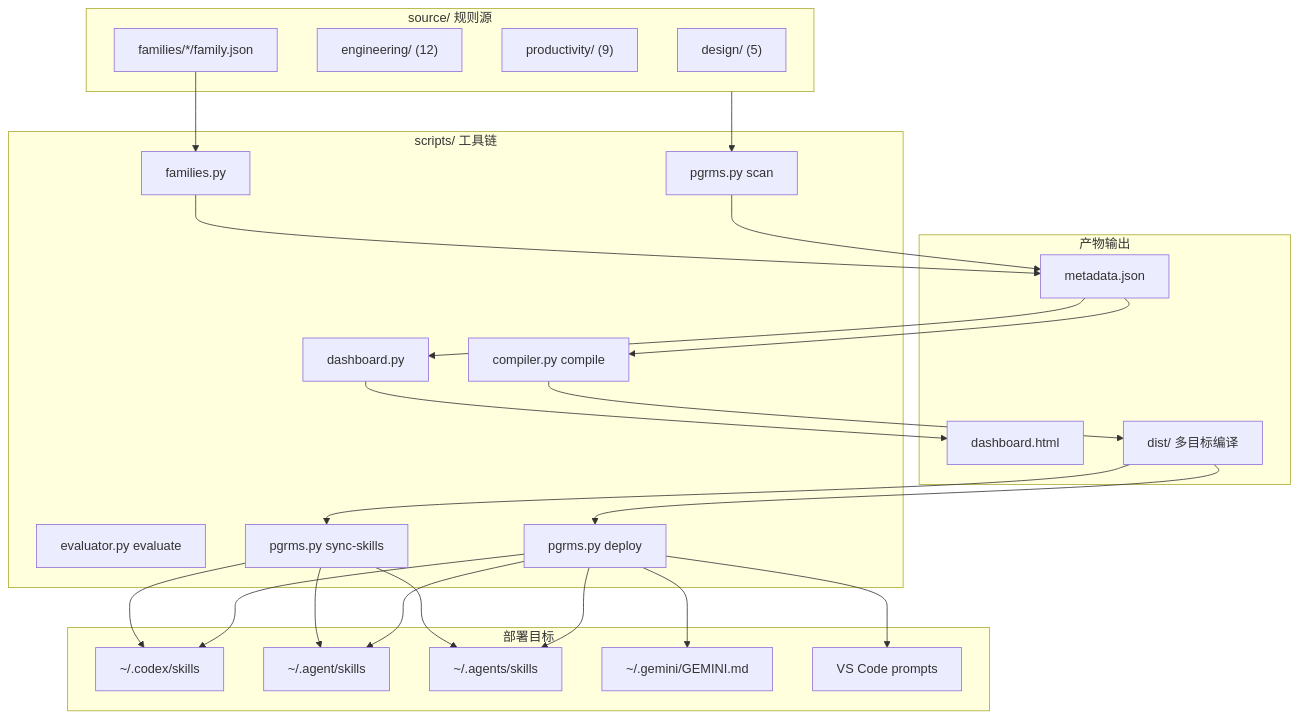
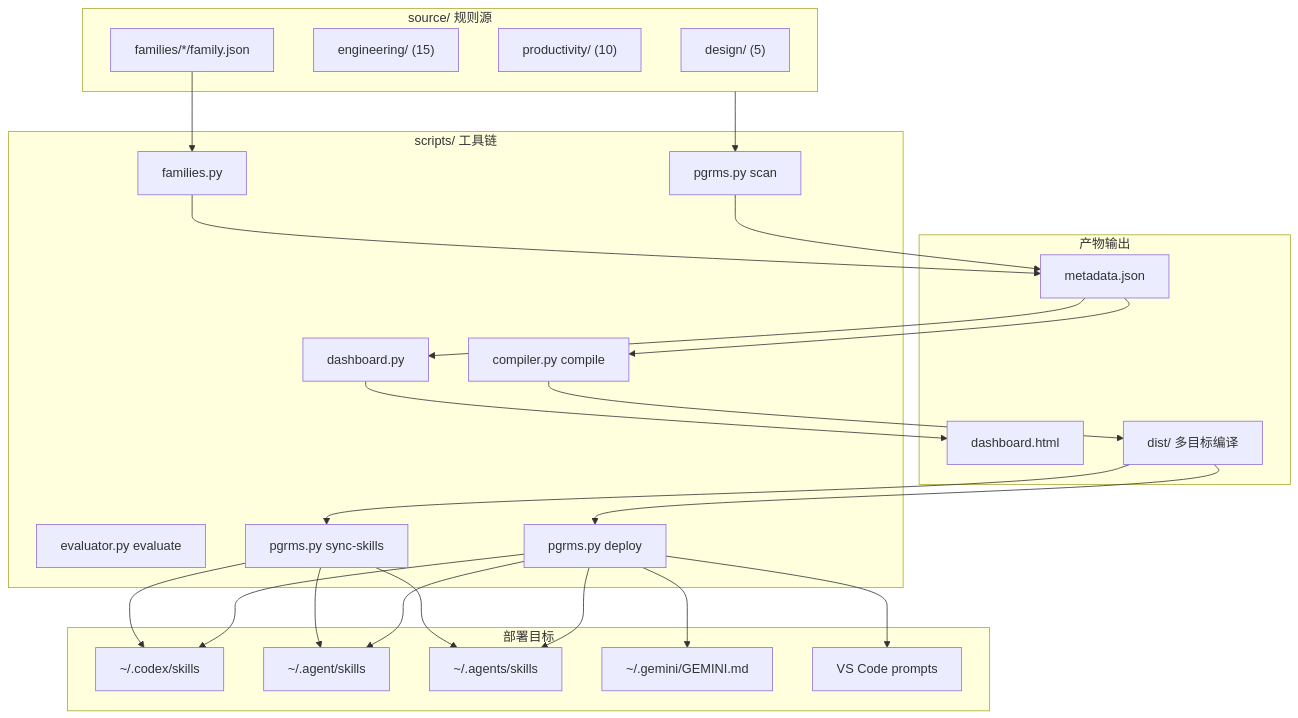
Before and after one commit to cr20085361/my_ai_skills: the first of 4 diagrams in README.md, drawn with Mermaid. The commit also changed other lines of this file and 27 other files, not shown here.

````diff
--- a/README.md
+++ b/README.md
@@ -15,48 +15,48 @@
 ```mermaid
 graph TB
     subgraph SRC["source/ 规则源"]
         D["design/ (5)"]
-        E["engineering/ (12)"]
-        P["productivity/ (9)"]
+        E["engineering/ (15)"]
+        P["productivity/ (10)"]
         F["families/*/family.json"]
     end
 
     subgraph TOOLCHAIN["scripts/ 工具链"]
         SCAN["pgrms.py scan"]
         COMPILE["compiler.py compile"]
         EVAL["evaluator.py evaluate"]
         DEPLOY["pgrms.py deploy"]
         SYNC["pgrms.py sync-skills"]
         FAMILY["families.py"]
         DASH["dashboard.py"]
     end
 
     subgraph OUTPUT["产物输出"]
         META["metadata.json"]
         BOARD["dashboard.html"]
         DIST["dist/ 多目标编译"]
     end
 
     subgraph TARGETS["部署目标"]
         CODEX["~/.codex/skills"]
         AGENT["~/.agent/skills"]
         AGENTS["~/.agents/skills"]
         GEMINI["~/.gemini/GEMINI.md"]
         VSCODE["VS Code prompts"]
     end
 
     SRC --> SCAN --> META
     F --> FAMILY --> META
     META --> COMPILE --> DIST
     META --> DASH --> BOARD
     DIST --> DEPLOY
     DIST --> SYNC
     DEPLOY --> CODEX
     DEPLOY --> AGENT
     DEPLOY --> AGENTS
     DEPLOY --> GEMINI
     DEPLOY --> VSCODE
     SYNC --> CODEX
     SYNC --> AGENT
     SYNC --> AGENTS
 ```
````
